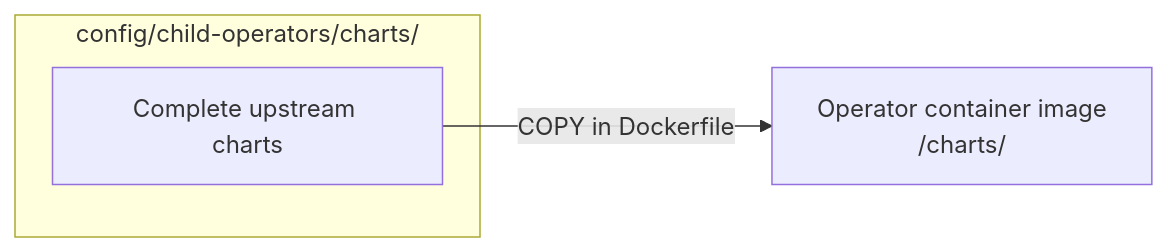
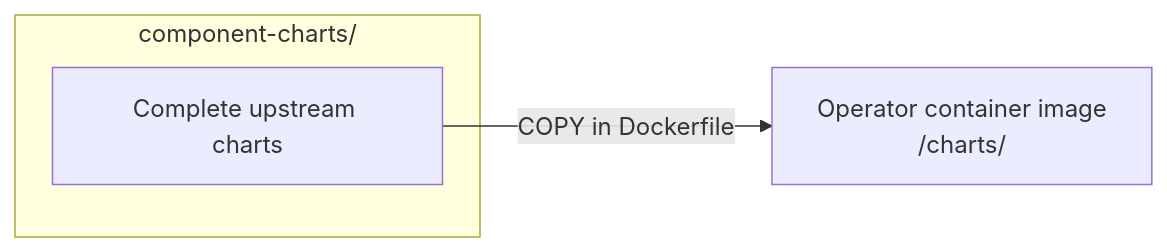
Before and after one commit to Kuadrant/architecture: the second of 6 diagrams in rfcs/0019-olmv1-operator-consolidation/architecture-diagrams.md, drawn with Mermaid. The commit also changed other lines of this file and 1 other file, not shown here.

Commit message:
docs: update RFC 0019 to reflect implemented chart sync tooling

````diff
--- a/rfcs/0019-olmv1-operator-consolidation/architecture-diagrams.md
+++ b/rfcs/0019-olmv1-operator-consolidation/architecture-diagrams.md
@@ -46,8 +47,8 @@
 ```mermaid
 graph LR
-    subgraph local["config/child-operators/charts/"]
+    subgraph local["component-charts/"]
         CHARTS["Complete upstream charts"]
     end
 
     CHARTS -->|"COPY in Dockerfile"| IMAGE["Operator container image<br/>/charts/"]
 ```
````
